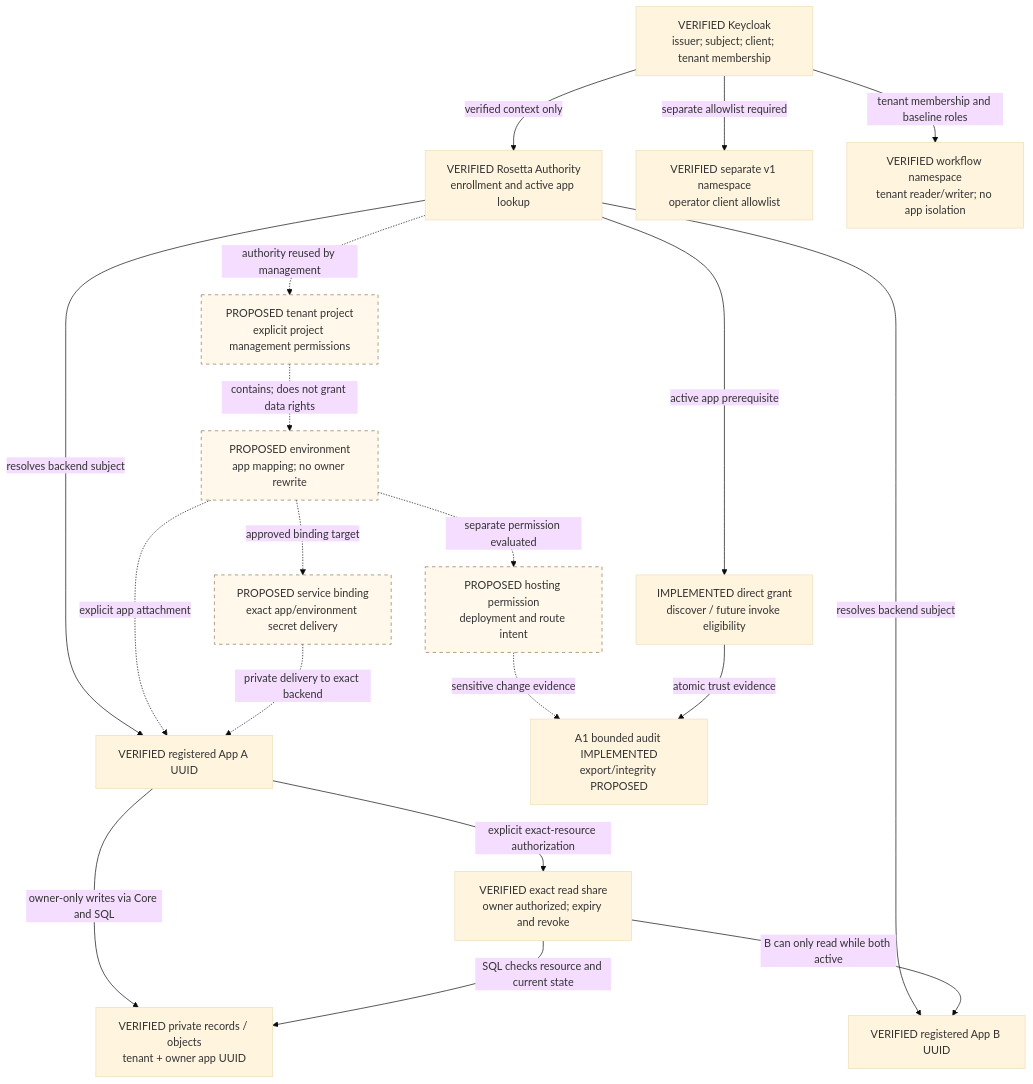
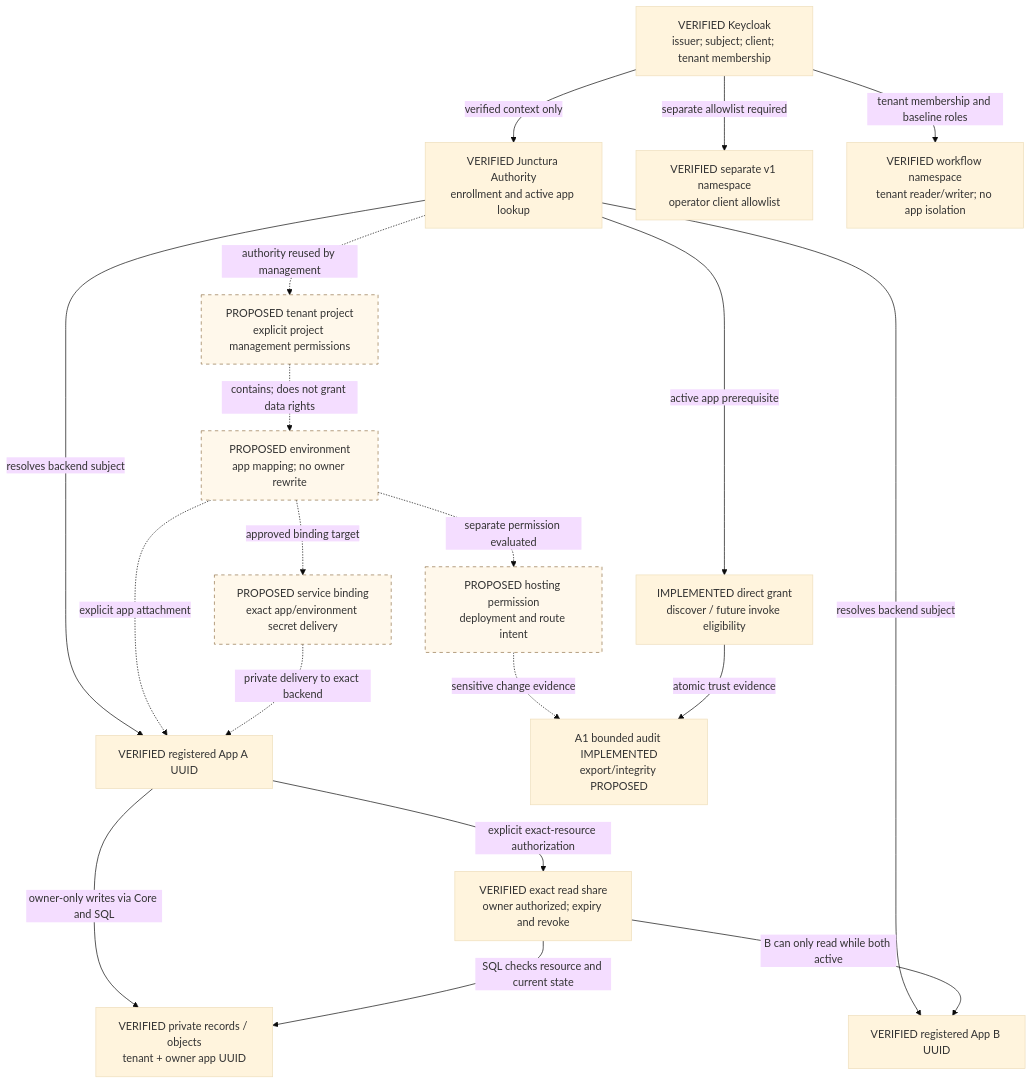
One commit to NHMNDaizoken/Rosetta changed the fifth of 8 diagrams in docs/architecture/ARCHITECTURE_MAPS.md. Above: the diagram before and after it, drawn with Mermaid (base theme). The commit also changed other lines of this file and 165 other files, not shown here.

Commit message:
refactor!: rename Rosetta to Junctura across code, database, realm and URNs

````diff
--- a/docs/architecture/ARCHITECTURE_MAPS.md
+++ b/docs/architecture/ARCHITECTURE_MAPS.md
@@ -178,37 +178,37 @@
 ```mermaid
 flowchart TB
   ID["VERIFIED Keycloak<br/>issuer; subject; client; tenant membership"]
-  AUTH["VERIFIED Rosetta Authority<br/>enrollment and active app lookup"]
+  AUTH["VERIFIED Junctura Authority<br/>enrollment and active app lookup"]
   A["VERIFIED registered App A UUID"]
   B["VERIFIED registered App B UUID"]
   REC["VERIFIED private records / objects<br/>tenant + owner app UUID"]
   SHARE["VERIFIED exact read share<br/>owner authorized; expiry and revoke"]
   LEG["VERIFIED separate v1 namespace<br/>operator client allowlist"]
   WF["VERIFIED workflow namespace<br/>tenant reader/writer; no app isolation"]
   PROJ["PROPOSED tenant project<br/>explicit project management permissions"]
   ENV["PROPOSED environment<br/>app mapping; no owner rewrite"]
   HOST["PROPOSED hosting permission<br/>deployment and route intent"]
   SEC["PROPOSED service binding<br/>exact app/environment secret delivery"]
   TRUST["IMPLEMENTED direct grant<br/>discover / future invoke eligibility"]
   AUDIT["A1 bounded audit IMPLEMENTED<br/>export/integrity PROPOSED"]
   ID -->|verified context only| AUTH
   AUTH -->|resolves backend subject| A
   AUTH -->|resolves backend subject| B
   A -->|owner-only writes via Core and SQL| REC
   A -->|explicit exact-resource authorization| SHARE
   SHARE -->|B can only read while both active| B
   SHARE -->|SQL checks resource and current state| REC
   ID -->|separate allowlist required| LEG
   ID -->|tenant membership and baseline roles| WF
   AUTH -.->|authority reused by management| PROJ
   PROJ -.->|contains; does not grant data rights| ENV
   ENV -.->|explicit app attachment| A
   ENV -.->|separate permission evaluated| HOST
   ENV -.->|approved binding target| SEC
   SEC -.->|private delivery to exact backend| A
   AUTH -->|active app prerequisite| TRUST
   HOST -.->|sensitive change evidence| AUDIT
   TRUST -->|atomic trust evidence| AUDIT
   classDef future fill:#fff8eb,stroke:#92734b,stroke-dasharray:5 5
   class PROJ,ENV,HOST,SEC future
 ```
````
